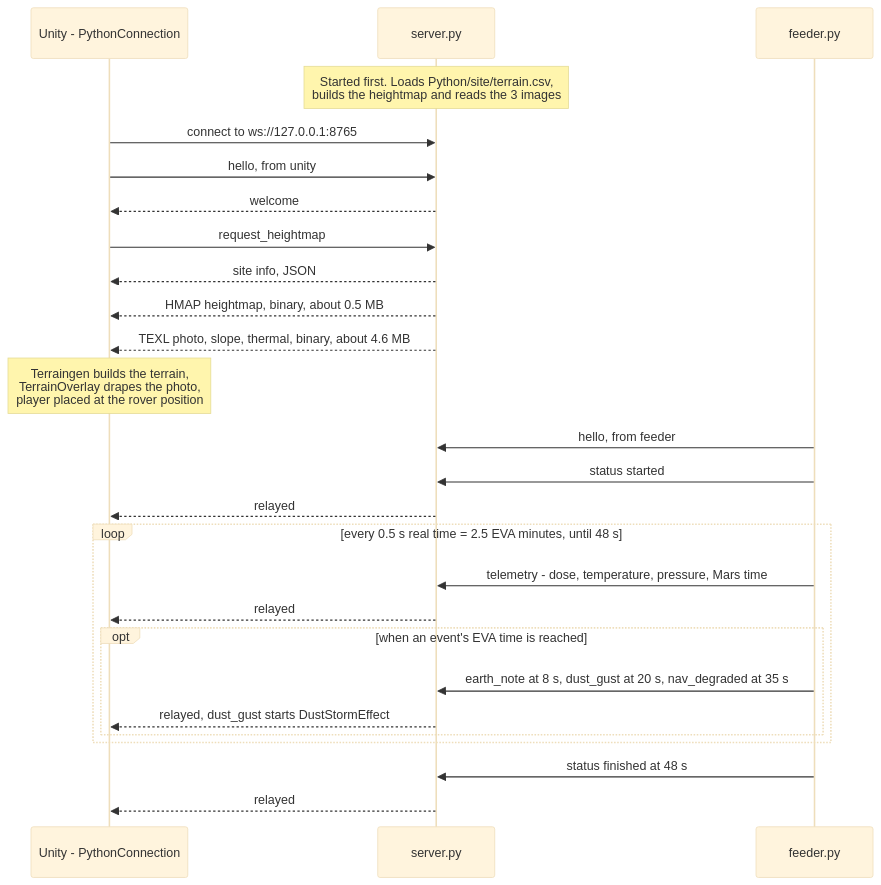
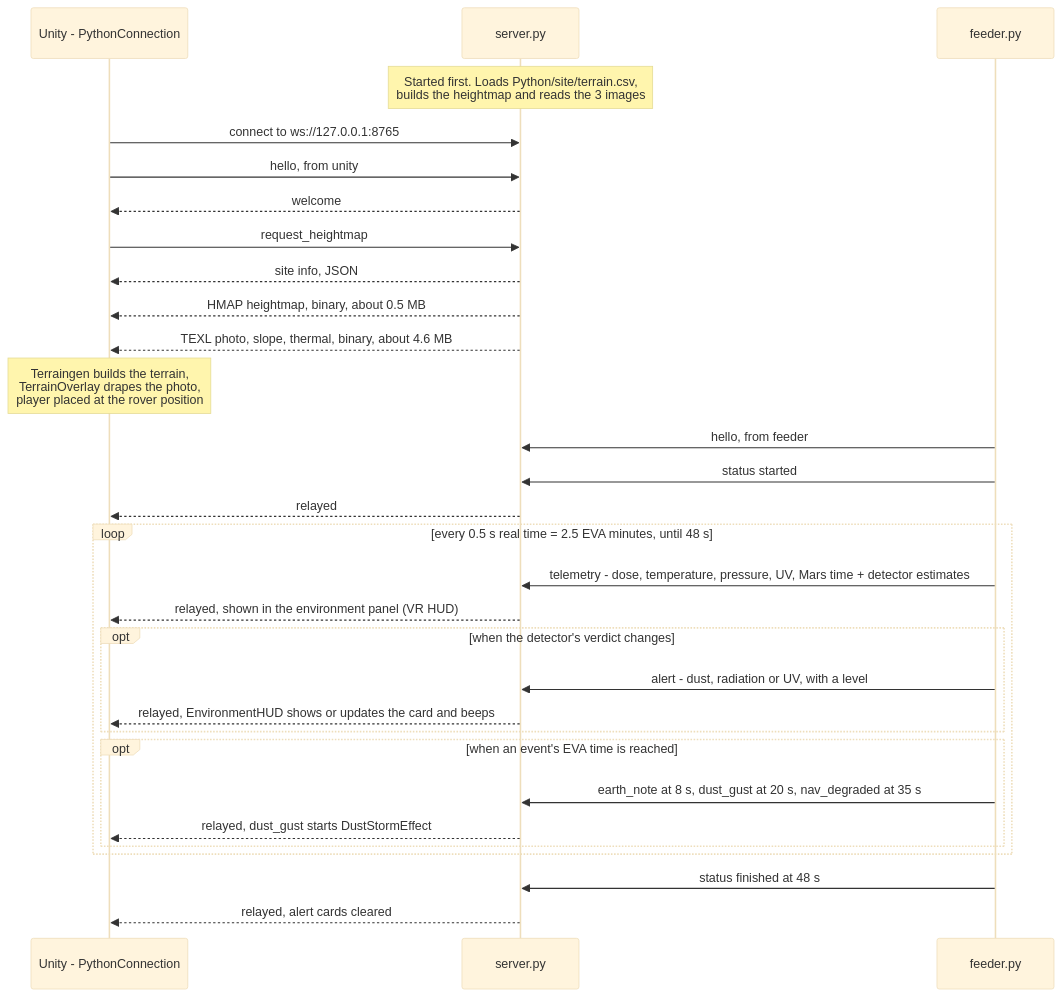
The third of 5 diagrams in docs/PROJECT_REPORT.md (knightofthegrey/Marsmap), drawn with Mermaid (base theme) before and after one commit. The commit also changed other lines of this file and 4 other files, not shown here.

````diff
--- a/docs/PROJECT_REPORT.md
+++ b/docs/PROJECT_REPORT.md
@@ -162,28 +189,32 @@
 ```mermaid
 sequenceDiagram
   participant U as Unity - PythonConnection
   participant S as server.py
   participant F as feeder.py
   Note over S: Started first. Loads Python/site/terrain.csv,<br/>builds the heightmap and reads the 3 images
   U->>S: connect to ws://127.0.0.1:8765
   U->>S: hello, from unity
   S-->>U: welcome
   U->>S: request_heightmap
   S-->>U: site info, JSON
   S-->>U: HMAP heightmap, binary, about 0.5 MB
   S-->>U: TEXL photo, slope, thermal, binary, about 4.6 MB
   Note over U: Terraingen builds the terrain,<br/>TerrainOverlay drapes the photo,<br/>player placed at the rover position
   F->>S: hello, from feeder
   F->>S: status started
   S-->>U: relayed
   loop every 0.5 s real time = 2.5 EVA minutes, until 48 s
-    F->>S: telemetry - dose, temperature, pressure, Mars time
-    S-->>U: relayed
+    F->>S: telemetry - dose, temperature, pressure, UV, Mars time + detector estimates
+    S-->>U: relayed, shown in the environment panel (VR HUD)
+    opt when the detector's verdict changes
+      F->>S: alert - dust, radiation or UV, with a level
+      S-->>U: relayed, EnvironmentHUD shows or updates the card and beeps
+    end
     opt when an event's EVA time is reached
       F->>S: earth_note at 8 s, dust_gust at 20 s, nav_degraded at 35 s
       S-->>U: relayed, dust_gust starts DustStormEffect
     end
   end
   F->>S: status finished at 48 s
-  S-->>U: relayed
+  S-->>U: relayed, alert cards cleared
 ```
````
